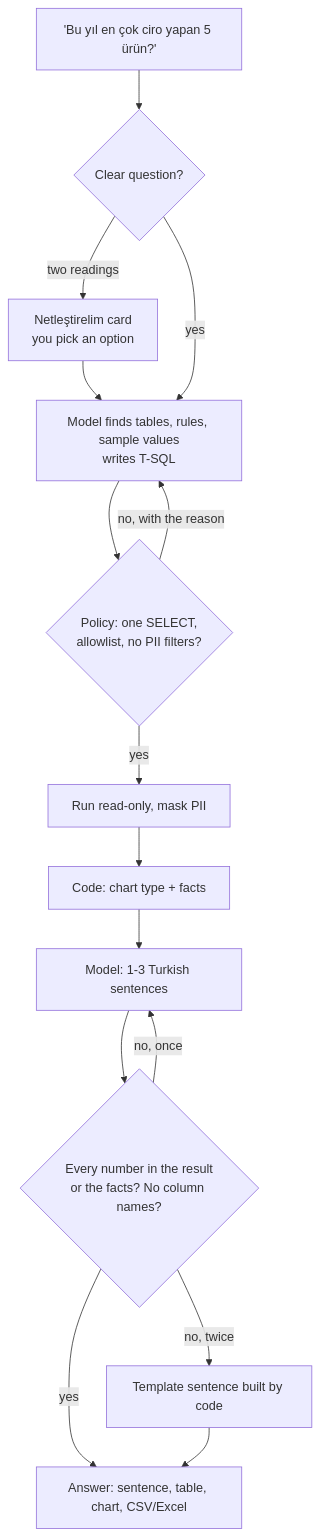
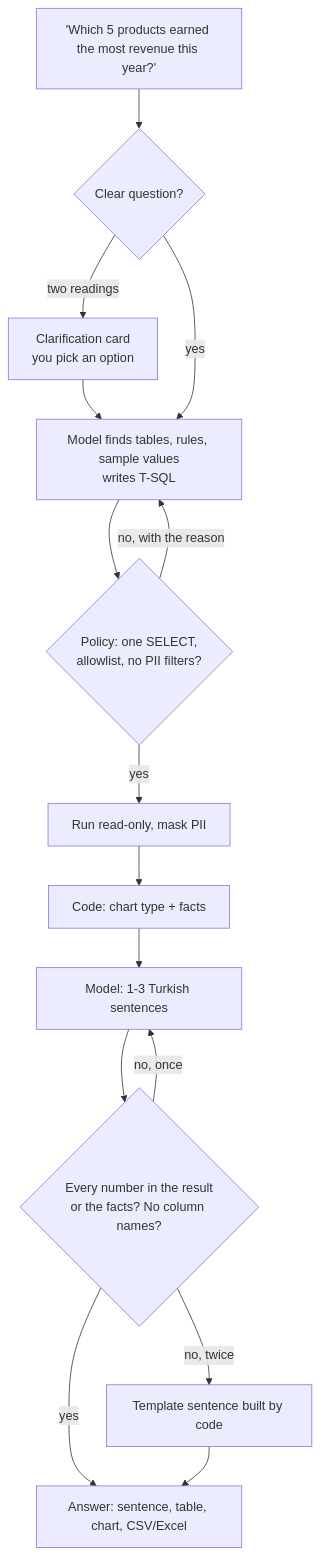
One commit to mahmuterenakkaymak/Bilgin changed the second of 2 diagrams in README.md. Above: the diagram before and after it, drawn with Mermaid.

Commit message:
README: keep the EN answer-flow diagram fully English

````diff
--- a/README.md
+++ b/README.md
@@ -141,17 +141,17 @@
 ```mermaid
 flowchart TD
-    Q["'Bu yıl en çok ciro yapan 5 ürün?'"] --> C{Clear question?}
-    C -->|two readings| K[Netleştirelim card<br/>you pick an option]
+    Q["'Which 5 products earned the most revenue this year?'"] --> C{Clear question?}
+    C -->|two readings| K[Clarification card<br/>you pick an option]
     K --> S
     C -->|yes| S[Model finds tables, rules, sample values<br/>writes T-SQL]
     S --> PO{Policy: one SELECT,<br/>allowlist, no PII filters?}
     PO -->|no, with the reason| S
     PO -->|yes| E[Run read-only, mask PII]
     E --> F[Code: chart type + facts]
     F --> T[Model: 1-3 Turkish sentences]
     T --> G{Every number in the result<br/>or the facts? No column names?}
     G -->|no, once| T
     G -->|no, twice| TP[Template sentence built by code]
     G -->|yes| OK[Answer: sentence, table, chart, CSV/Excel]
     TP --> OK
 ```
````
